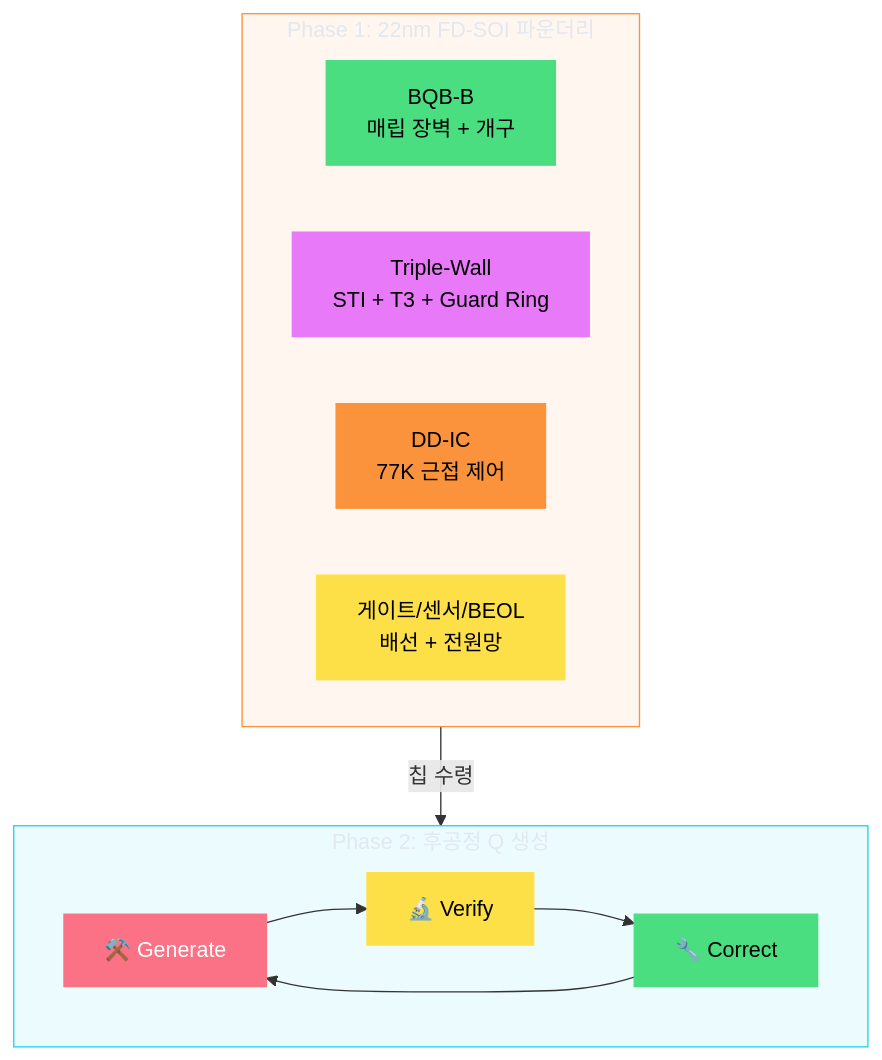
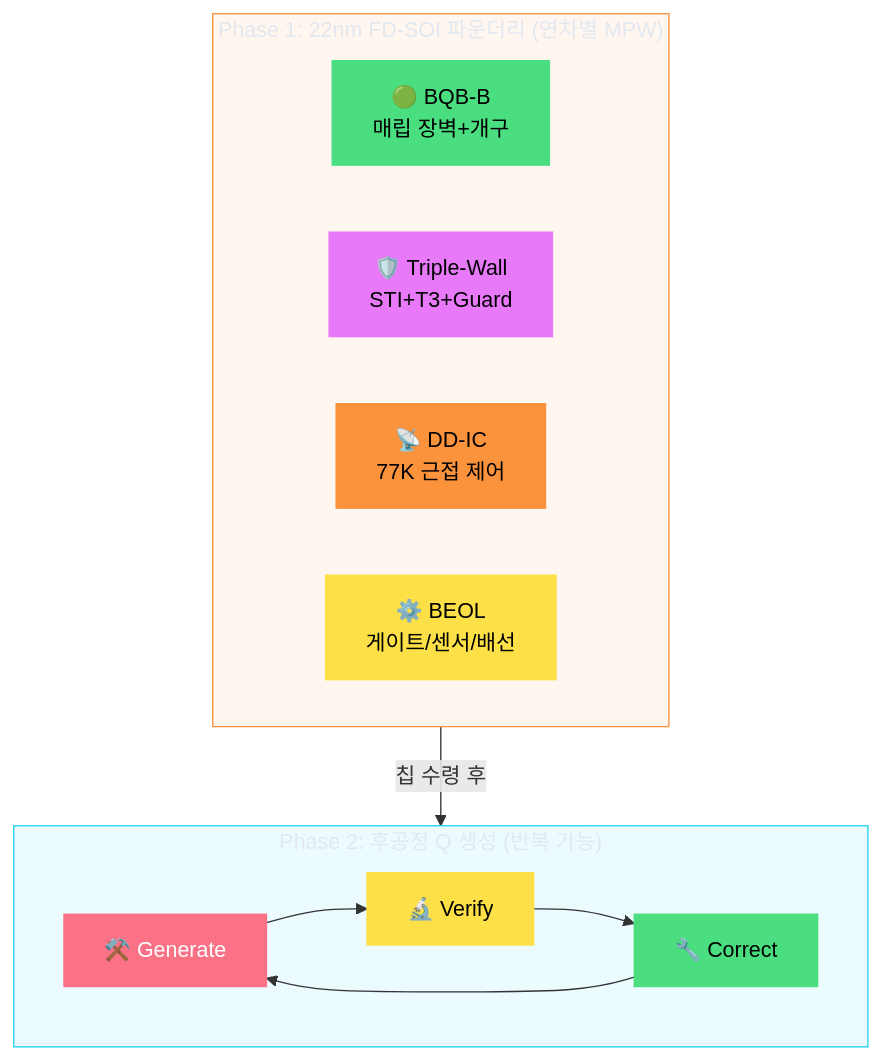
One commit to lee6147/Quantum_BQB changed diagram 12 of 14 in Proficiency Levels/Intermediate Level/README.md. Above: the diagram before and after it, drawn with Mermaid. The commit also changed other lines of this file, not shown here.

````diff
--- a/Proficiency Levels/Intermediate Level/README.md
+++ b/Proficiency Levels/Intermediate Level/README.md
@@ -413,30 +759,30 @@
 ```mermaid
 graph TB
-    subgraph Phase1["Phase 1: 22nm FD-SOI 파운더리"]
+    subgraph P1["Phase 1: 22nm FD-SOI 파운더리 (연차별 MPW)"]
         direction LR
-        BQB["BQB-B<br/>매립 장벽 + 개구"]
-        TW["Triple-Wall<br/>STI + T3 + Guard Ring"]
-        DD["DD-IC<br/>77K 근접 제어"]
-        BEOL["게이트/센서/BEOL<br/>배선 + 전원망"]
+        BQB["🟢 BQB-B<br/>매립 장벽+개구"]
+        TW["🛡️ Triple-Wall<br/>STI+T3+Guard"]
+        DD["📡 DD-IC<br/>77K 근접 제어"]
+        BEOL["⚙️ BEOL<br/>게이트/센서/배선"]
     end
 
-    subgraph Phase2["Phase 2: 후공정 Q 생성"]
+    subgraph P2["Phase 2: 후공정 Q 생성 (반복 가능)"]
         direction LR
         GEN["⚒️ Generate"]
         VER["🔬 Verify"]
         COR["🔧 Correct"]
         GEN --> VER --> COR --> GEN
     end
 
-    Phase1 -->|"칩 수령"| Phase2
+    P1 -->|"칩 수령 후"| P2
 
-    style Phase1 fill:#fb923c15,stroke:#fb923c,color:#e2e8f0
-    style Phase2 fill:#22d3ee15,stroke:#22d3ee,color:#e2e8f0
+    style P1 fill:#fb923c15,stroke:#fb923c,color:#e2e8f0
+    style P2 fill:#22d3ee15,stroke:#22d3ee,color:#e2e8f0
     style BQB fill:#4ade80,stroke:#4ade80,color:#000
     style TW fill:#e879f9,stroke:#e879f9,color:#000
     style DD fill:#fb923c,stroke:#fb923c,color:#000
     style BEOL fill:#fde047,stroke:#fde047,color:#000
     style GEN fill:#fb7185,stroke:#fb7185,color:#fff
     style VER fill:#fde047,stroke:#fde047,color:#000
     style COR fill:#4ade80,stroke:#4ade80,color:#000
 ```
````
